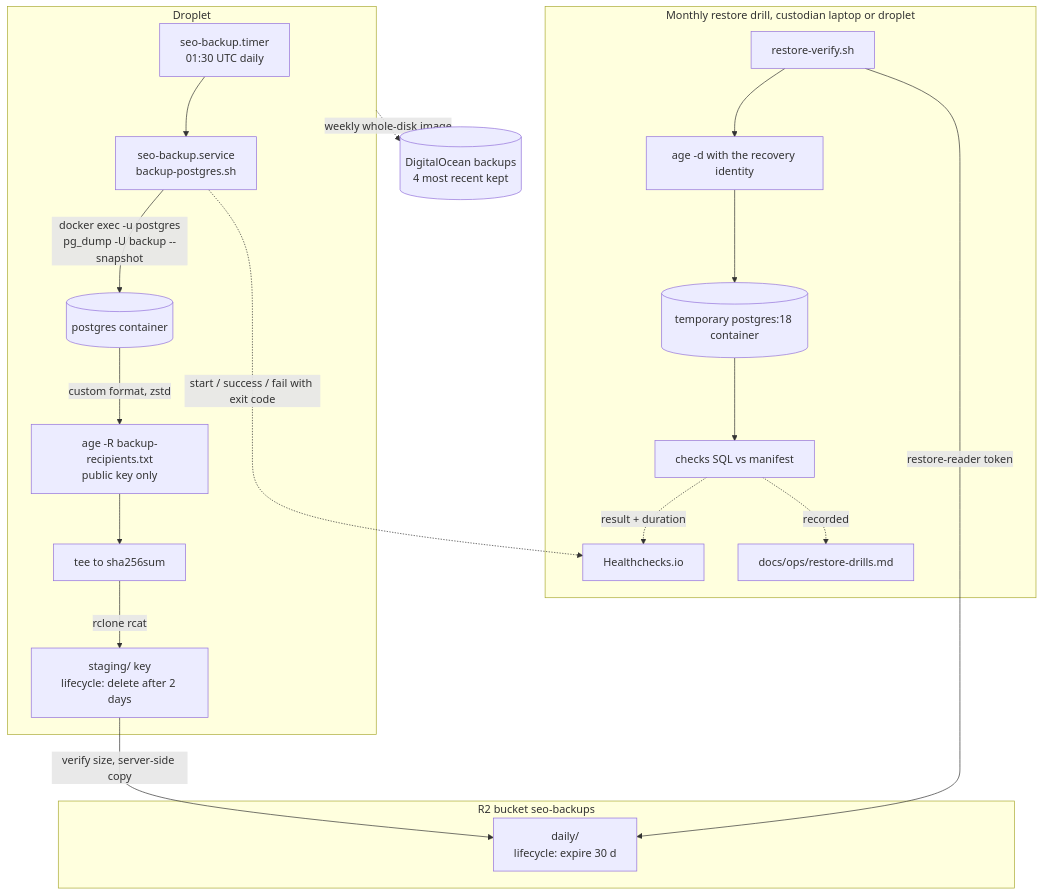
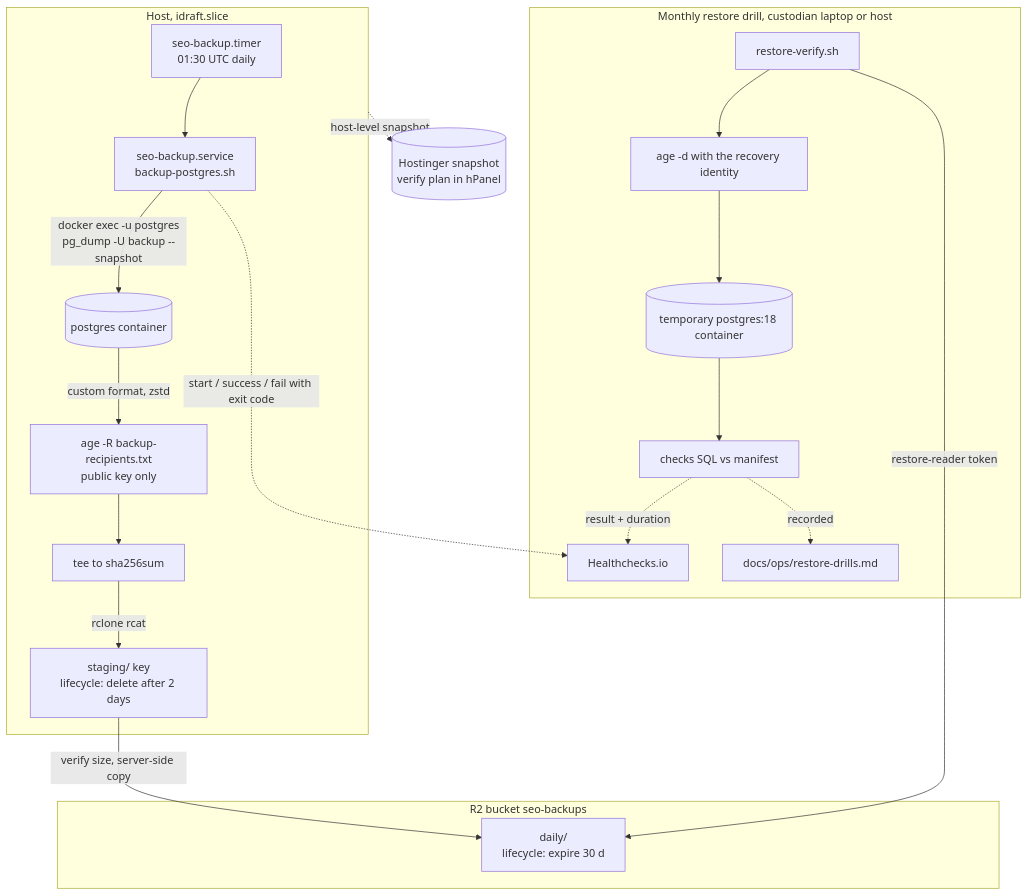
The diagram in docs/23-backup-disaster-recovery.md (digibranders/idraft), drawn with Mermaid before and after one commit. The commit also changed other lines of this file and 36 other files, not shown here.

````diff
--- a/docs/23-backup-disaster-recovery.md
+++ b/docs/23-backup-disaster-recovery.md
@@ -71,33 +71,33 @@
 ```mermaid
 flowchart TB
-    subgraph droplet[Droplet]
+    subgraph host[Host, idraft.slice]
         timer[seo-backup.timer<br/>01:30 UTC daily]
         svc[seo-backup.service<br/>backup-postgres.sh]
         pg[(postgres container)]
         timer --> svc
         svc -->|docker exec -u postgres<br/>pg_dump -U backup --snapshot| pg
         pg -->|custom format, zstd| enc[age -R backup-recipients.txt<br/>public key only]
         enc --> tee[tee to sha256sum]
         tee -->|rclone rcat| stg
     end
 
     subgraph r2b[R2 bucket seo-backups]
         stg[staging/ key<br/>lifecycle: delete after 2 days]
         daily[daily/<br/>lifecycle: expire 30 d]
     end
 
     stg -->|verify size, server-side copy| daily
     svc -. start / success / fail with exit code .-> hc[Healthchecks.io]
 
-    droplet -. weekly whole-disk image .-> dob[(DigitalOcean backups<br/>4 most recent kept)]
+    host -. host-level snapshot .-> dob[(Hostinger snapshot<br/>verify plan in hPanel)]
 
-    subgraph drill[Monthly restore drill, custodian laptop or droplet]
+    subgraph drill[Monthly restore drill, custodian laptop or host]
         rv[restore-verify.sh]
         rv -->|restore-reader token| daily
         rv --> dec[age -d with the recovery identity]
         dec --> scratch[(temporary postgres:18 container)]
         scratch --> sanity[checks SQL vs manifest]
         sanity -. result + duration .-> hc
         sanity -. recorded .-> log[docs/ops/restore-drills.md]
     end
 ```
````
